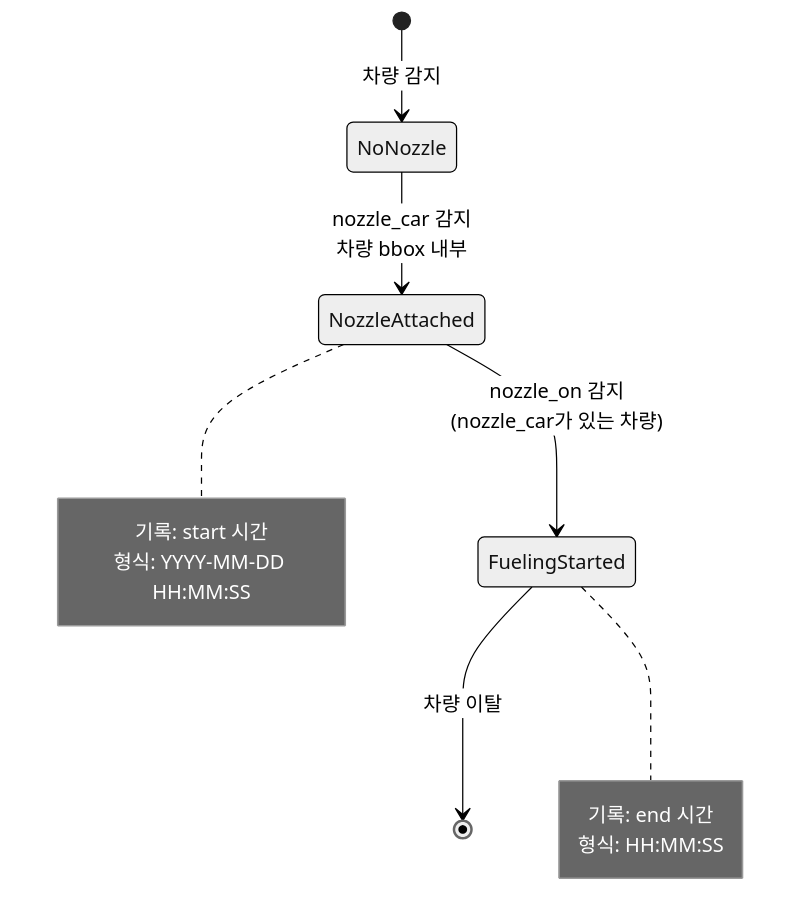
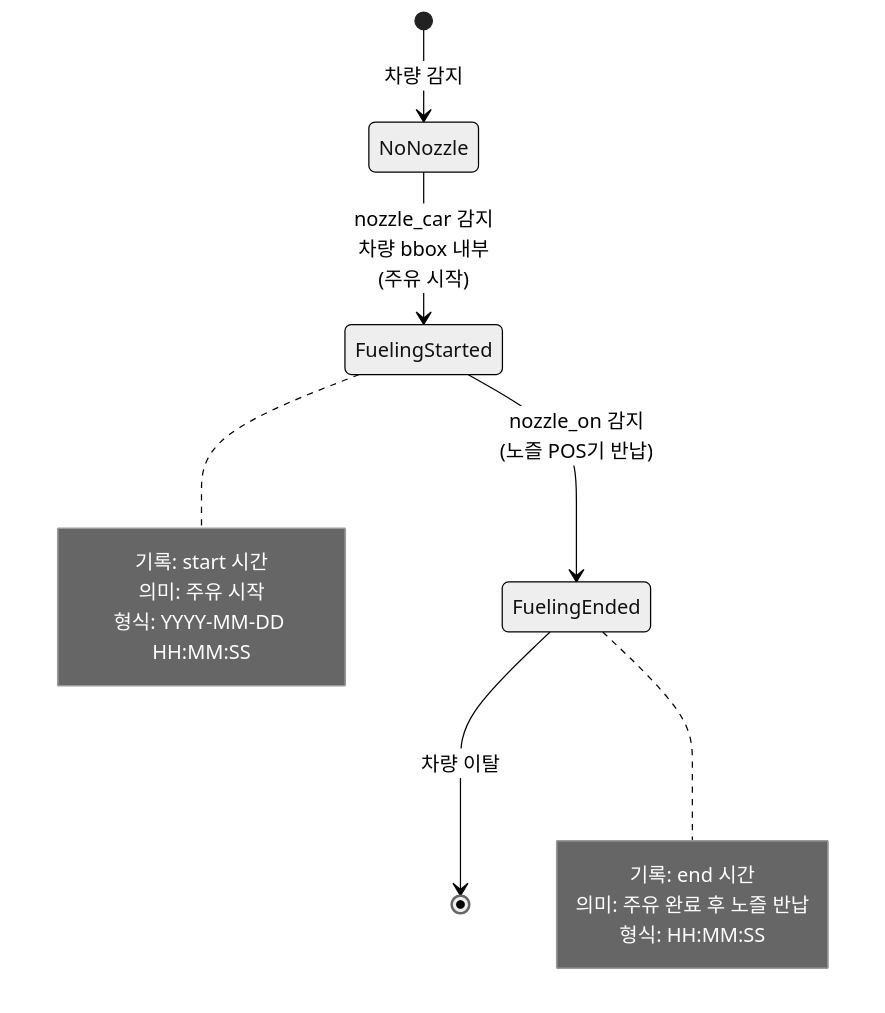
One commit to sdy1804/test changed the seventh of 11 diagrams in README.md. Above: the diagram before and after it, drawn with Mermaid (neutral theme). The commit also changed other lines of this file, not shown here.

First line of the commit message:
Revise fueling process logic and diagram in README

````diff
--- a/README.md
+++ b/README.md
@@ -165,17 +165,19 @@
 ```mermaid
 stateDiagram-v2
     [*] --> NoNozzle: 차량 감지
-    NoNozzle --> NozzleAttached: nozzle_car 감지<br/>차량 bbox 내부
-    NozzleAttached --> FuelingStarted: nozzle_on 감지<br/>(nozzle_car가 있는 차량)
-    FuelingStarted --> [*]: 차량 이탈
+    NoNozzle --> FuelingStarted: nozzle_car 감지<br/>차량 bbox 내부<br/>(주유 시작)
+    FuelingStarted --> FuelingEnded: nozzle_on 감지<br/>(노즐 POS기 반납)
+    FuelingEnded --> [*]: 차량 이탈
     
-    note right of NozzleAttached
+    note right of FuelingStarted
         기록: start 시간
+        의미: 주유 시작
         형식: YYYY-MM-DD HH:MM:SS
     end note
     
-    note right of FuelingStarted
+    note right of FuelingEnded
         기록: end 시간
+        의미: 주유 완료 후 노즐 반납
         형식: HH:MM:SS
     end note
 ```
````
